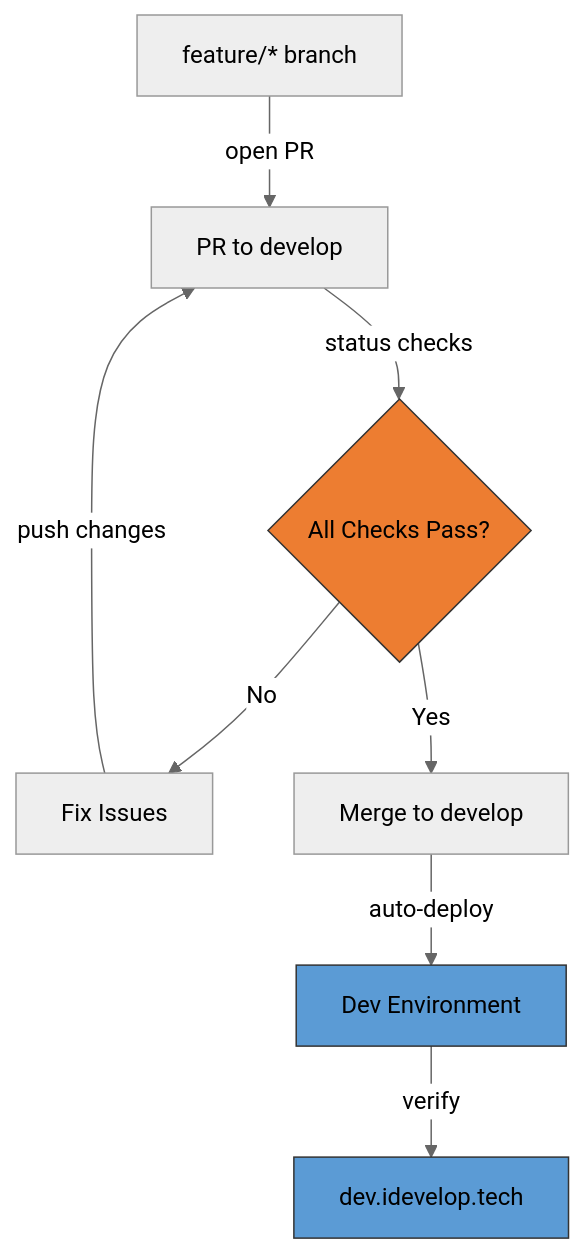
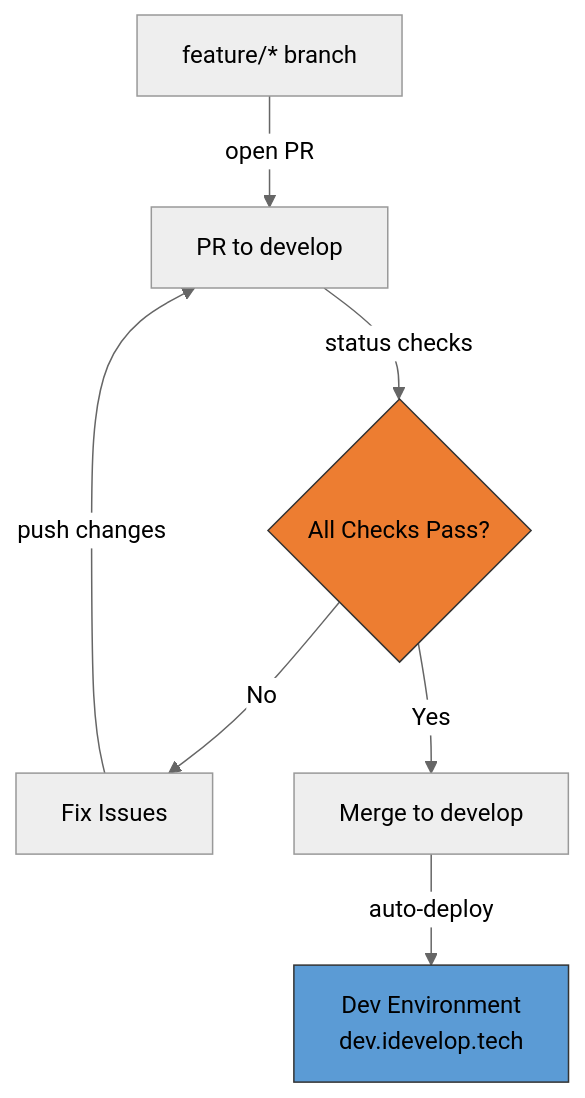
The second of 4 diagrams in README.md (mattlucian/idevelop.tech), drawn with Mermaid (neutral theme) before and after one commit. The commit also changed other lines of this file, not shown here.

Commit message:
refactor: Make diagrams 2 and 3 more compact
- Combine final deployment nodes to reduce diagram height
- Dev Environment and dev.idevelop.tech → single node
- Production and idevelop.tech → single node
- Improves visual balance across all three diagrams

🤖 Generated with [Claude Code](https://claude.com/claude-code)

````diff
--- a/README.md
+++ b/README.md
@@ -113,14 +113,12 @@
 ```mermaid
 graph TB
     A[feature/* branch] -->|open PR| B[PR to develop]
     B -->|status checks| C{All Checks Pass?}
     C -->|No| D[Fix Issues]
     D -->|push changes| B
     C -->|Yes| E[Merge to develop]
-    E -->|auto-deploy| F[Dev Environment]
-    F -->|verify| G[dev.idevelop.tech]
+    E -->|auto-deploy| F[Dev Environment<br/>dev.idevelop.tech]
 
     style C fill:#ed7d31,stroke:#333
     style F fill:#5b9bd5,stroke:#333
-    style G fill:#5b9bd5,stroke:#333
 ```
````
